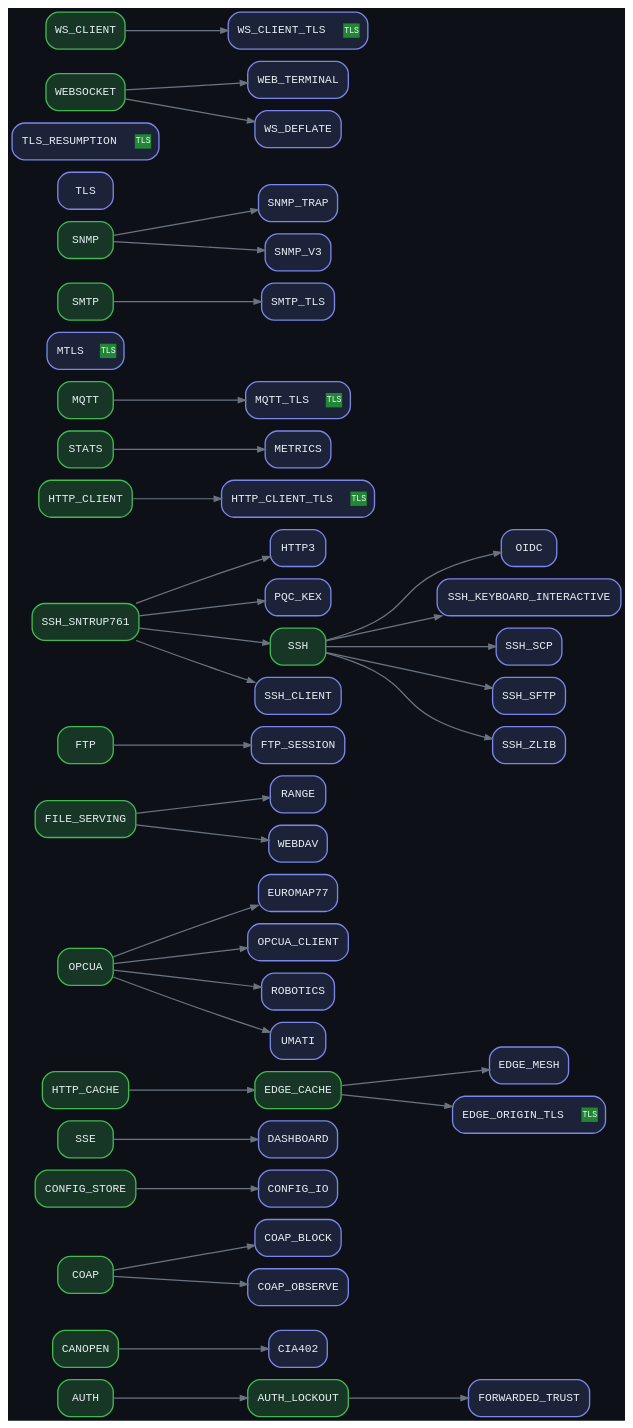
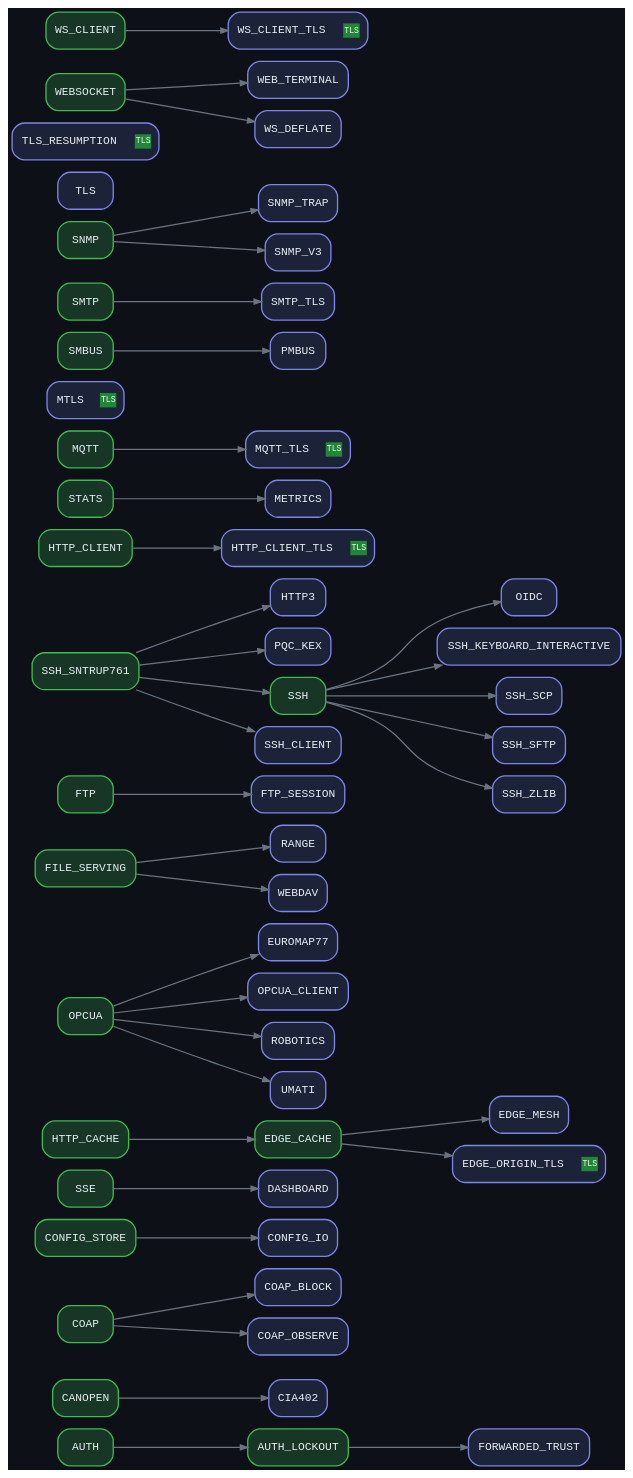
The diagram in docs/diagrams/flag_deps.dot (dstroy0/DeterministicESPAsyncWebServer), drawn with Graphviz before and after one commit. The commit also changed 7 other files, not shown here.

```diff
--- a/docs/diagrams/flag_deps.dot
+++ b/docs/diagrams/flag_deps.dot
@@ -35,9 +35,11 @@
   OIDC [label="OIDC", fillcolor="#1c2338", color="#7c85e8", URL="https://github.com/dstroy0/ProtoCore/blob/main/docs/FEATURES.md#oidc", target="_blank", tooltip="PC_ENABLE_OIDC - needs SSH"];
   OPCUA [label="OPCUA", fillcolor="#173626", color="#3fb950", URL="https://github.com/dstroy0/ProtoCore/blob/main/docs/FEATURES.md#opcua", target="_blank", tooltip="PC_ENABLE_OPCUA - enables 4"];
   OPCUA_CLIENT [label="OPCUA_CLIENT", fillcolor="#1c2338", color="#7c85e8", URL="https://github.com/dstroy0/ProtoCore/blob/main/docs/FEATURES.md#opcua-client", target="_blank", tooltip="PC_ENABLE_OPCUA_CLIENT - needs OPCUA"];
+  PMBUS [label="PMBUS", fillcolor="#1c2338", color="#7c85e8", URL="https://github.com/dstroy0/ProtoCore/blob/main/docs/FEATURES.md#pmbus", target="_blank", tooltip="PC_ENABLE_PMBUS - needs SMBUS"];
   PQC_KEX [label="PQC_KEX", fillcolor="#1c2338", color="#7c85e8", URL="https://github.com/dstroy0/ProtoCore/blob/main/docs/FEATURES.md#pqc-kex", target="_blank", tooltip="PC_ENABLE_PQC_KEX - needs SSH_SNTRUP761"];
   RANGE [label="RANGE", fillcolor="#1c2338", color="#7c85e8", URL="https://github.com/dstroy0/ProtoCore/blob/main/docs/FEATURES.md#range", target="_blank", tooltip="PC_ENABLE_RANGE - needs FILE_SERVING"];
   ROBOTICS [label="ROBOTICS", fillcolor="#1c2338", color="#7c85e8", URL="https://github.com/dstroy0/ProtoCore/blob/main/docs/FEATURES.md#robotics", target="_blank", tooltip="PC_ENABLE_ROBOTICS - needs OPCUA"];
+  SMBUS [label="SMBUS", fillcolor="#173626", color="#3fb950", URL="https://github.com/dstroy0/ProtoCore/blob/main/docs/FEATURES.md#smbus", target="_blank", tooltip="PC_ENABLE_SMBUS - enables 1"];
   SMTP [label="SMTP", fillcolor="#173626", color="#3fb950", URL="https://github.com/dstroy0/ProtoCore/blob/main/docs/FEATURES.md#smtp", target="_blank", tooltip="PC_ENABLE_SMTP - enables 1"];
   SMTP_TLS [label="SMTP_TLS", fillcolor="#1c2338", color="#7c85e8", URL="https://github.com/dstroy0/ProtoCore/blob/main/docs/FEATURES.md#smtp-tls", target="_blank", tooltip="PC_ENABLE_SMTP_TLS - needs SMTP"];
   SNMP [label="SNMP", fillcolor="#173626", color="#3fb950", URL="https://github.com/dstroy0/ProtoCore/blob/main/docs/FEATURES.md#snmp", target="_blank", tooltip="PC_ENABLE_SNMP - enables 2"];
@@ -80,6 +82,7 @@
   OPCUA -> OPCUA_CLIENT;
   OPCUA -> ROBOTICS;
   OPCUA -> UMATI;
+  SMBUS -> PMBUS;
   SMTP -> SMTP_TLS;
   SNMP -> SNMP_TRAP;
   SNMP -> SNMP_V3;
```
